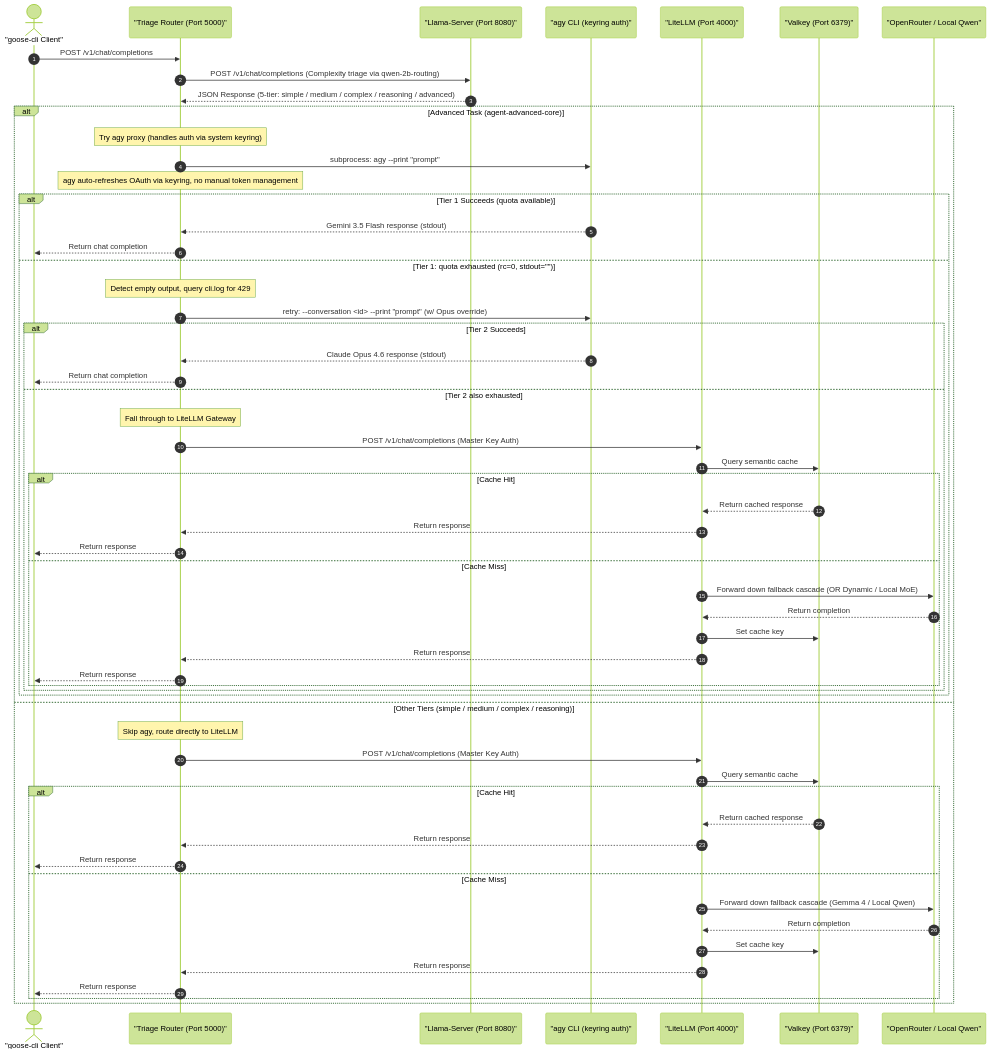
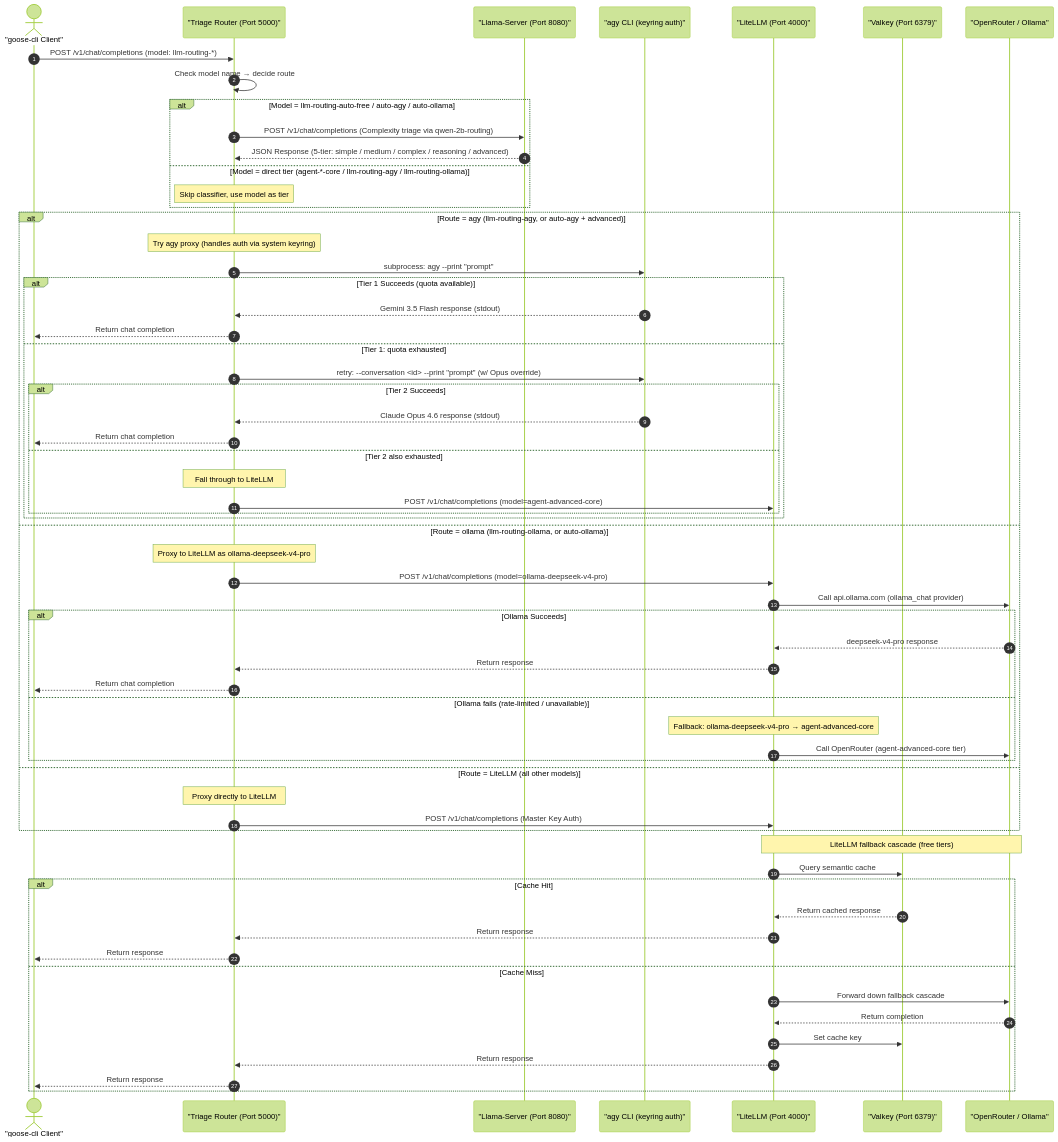
Before and after one commit to sheepdestroyer/LLM-Routing: the second of 2 diagrams in README.md, drawn with Mermaid (forest theme). The commit also changed other lines of this file, not shown here.

Commit message:
docs: update mermaid diagrams — add Ollama tier, model-based routing, remove disabled local Qwen

````diff
--- a/README.md
+++ b/README.md
@@ -92,63 +95,71 @@
 ```mermaid
 sequenceDiagram
     autonumber
     actor Client as "goose-cli Client"
     participant Router as "Triage Router (Port 5000)"
     participant Llama as "Llama-Server (Port 8080)"
     participant Agy as "agy CLI (keyring auth)"
     participant Proxy as "LiteLLM (Port 4000)"
     participant Cache as "Valkey (Port 6379)"
-    participant Provider as "OpenRouter / Local Qwen"
+    participant Provider as "OpenRouter / Ollama"
 
-    Client->>Router: POST /v1/chat/completions
-    Router->>Llama: POST /v1/chat/completions (Complexity triage via qwen-2b-routing)
-    Llama-->>Router: JSON Response (5-tier: simple / medium / complex / reasoning / advanced)
-    
-    alt Advanced Task (agent-advanced-core)
+    Client->>Router: POST /v1/chat/completions (model: llm-routing-*)
+    Router->>Router: Check model name → decide route
+
+    alt Model = llm-routing-auto-free / auto-agy / auto-ollama
+        Router->>Llama: POST /v1/chat/completions (Complexity triage via qwen-2b-routing)
+        Llama-->>Router: JSON Response (5-tier: simple / medium / complex / reasoning / advanced)
+    else Model = direct tier (agent-*-core / llm-routing-agy / llm-routing-ollama)
+        Note over Router: Skip classifier, use model as tier
+    end
+
+    alt Route = agy (llm-routing-agy, or auto-agy + advanced)
         Note over Router: Try agy proxy (handles auth via system keyring)
         Router->>Agy: subprocess: agy --print "prompt"
-        Note over Router: agy auto-refreshes OAuth via keyring, no manual token management
-        
+
         alt Tier 1 Succeeds (quota available)
             Agy-->>Router: Gemini 3.5 Flash response (stdout)
             Router-->>Client: Return chat completion
-        else Tier 1: quota exhausted (rc=0, stdout="")
-            Note over Router: Detect empty output, query cli.log for 429
+        else Tier 1: quota exhausted
             Router->>Agy: retry: --conversation <id> --print "prompt" (w/ Opus override)
             alt Tier 2 Succeeds
                 Agy-->>Router: Claude Opus 4.6 response (stdout)
                 Router-->>Client: Return chat completion
             else Tier 2 also exhausted
-                Note over Router: Fall through to LiteLLM Gateway
-                Router->>Proxy: POST /v1/chat/completions (Master Key Auth)
-                Proxy->>Cache: Query semantic cache
-                alt Cache Hit
-                    Cache-->>Proxy: Return cached response
-                    Proxy-->>Router: Return response
-                    Router-->>Client: Return response
-                else Cache Miss
-                    Proxy->>Provider: Forward down fallback cascade (OR Dynamic / Local MoE)
-                    Provider-->>Proxy: Return completion
-                    Proxy->>Cache: Set cache key
-                    Proxy-->>Router: Return response
-                    Router-->>Client: Return response
-                end
+                Note over Router: Fall through to LiteLLM
+                Router->>Proxy: POST /v1/chat/completions (model=agent-advanced-core)
             end
         end
-    else Other Tiers (simple / medium / complex / reasoning)
-        Note over Router: Skip agy, route directly to LiteLLM
+
+    else Route = ollama (llm-routing-ollama, or auto-ollama)
+        Note over Router: Proxy to LiteLLM as ollama-deepseek-v4-pro
+        Router->>Proxy: POST /v1/chat/completions (model=ollama-deepseek-v4-pro)
+        Proxy->>Provider: Call api.ollama.com (ollama_chat provider)
+        alt Ollama Succeeds
+            Provider-->>Proxy: deepseek-v4-pro response
+            Proxy-->>Router: Return response
+            Router-->>Client: Return chat completion
+        else Ollama fails (rate-limited / unavailable)
+            Note over Proxy: Fallback: ollama-deepseek-v4-pro → agent-advanced-core
+            Proxy->>Provider: Call OpenRouter (agent-advanced-core tier)
+        end
+
+    else Route = LiteLLM (all other models)
+        Note over Router: Proxy directly to LiteLLM
         Router->>Proxy: POST /v1/chat/completions (Master Key Auth)
-        Proxy->>Cache: Query semantic cache
-        alt Cache Hit
-            Cache-->>Proxy: Return cached response
-            Proxy-->>Router: Return response
-            Router-->>Client: Return response
-        else Cache Miss
-            Proxy->>Provider: Forward down fallback cascade (Gemma 4 / Local Qwen)
-            Provider-->>Proxy: Return completion
-            Proxy->>Cache: Set cache key
-            Proxy-->>Router: Return response
-            Router-->>Client: Return response
-        end
+    end
+
+    Note over Proxy,Provider: LiteLLM fallback cascade (free tiers)
+    Proxy->>Cache: Query semantic cache
+    alt Cache Hit
+        Cache-->>Proxy: Return cached response
+        Proxy-->>Router: Return response
+        Router-->>Client: Return response
+    else Cache Miss
+        Proxy->>Provider: Forward down fallback cascade
+        Provider-->>Proxy: Return completion
+        Proxy->>Cache: Set cache key
+        Proxy-->>Router: Return response
+        Router-->>Client: Return response
     end
 ```
````
